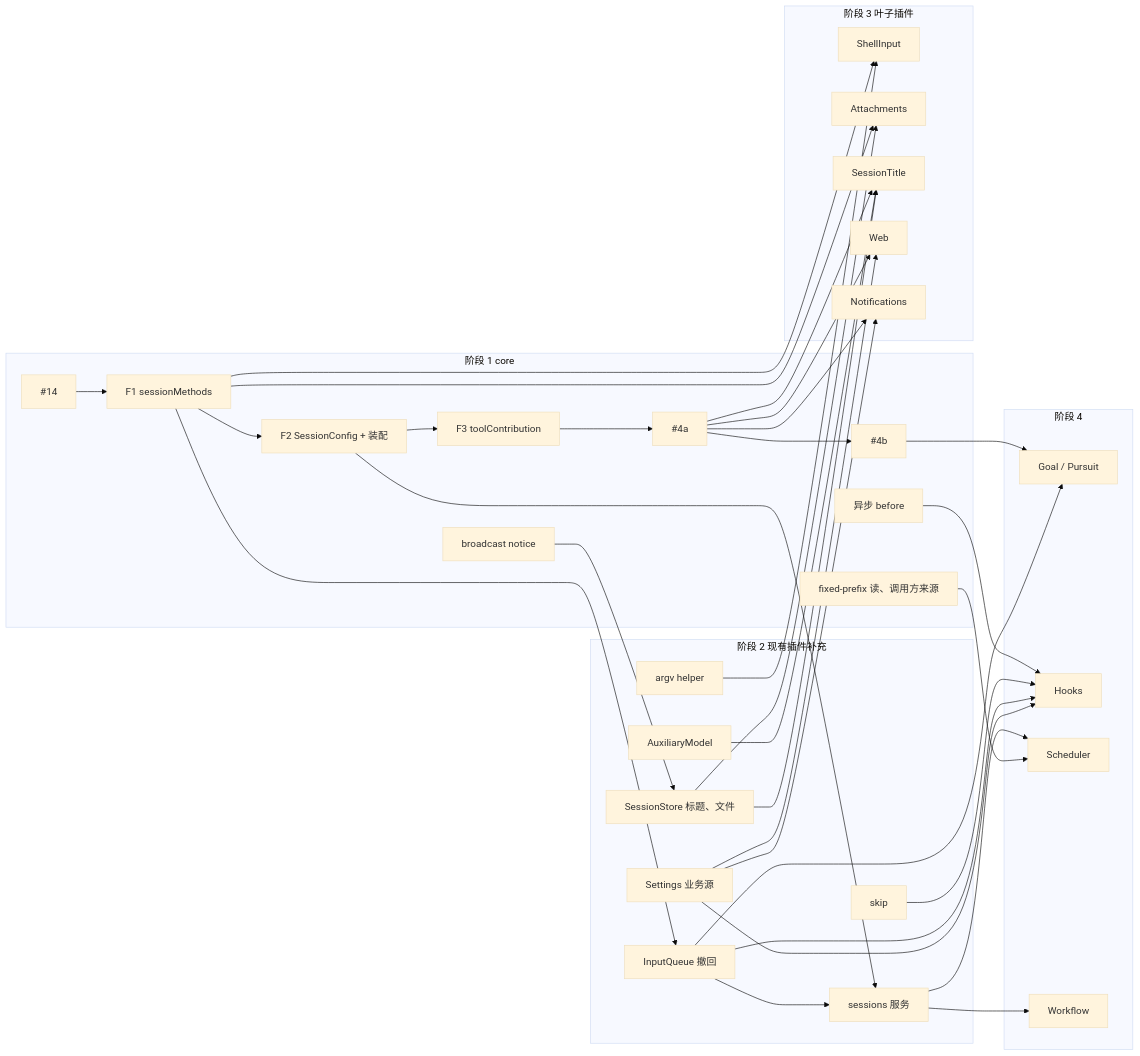
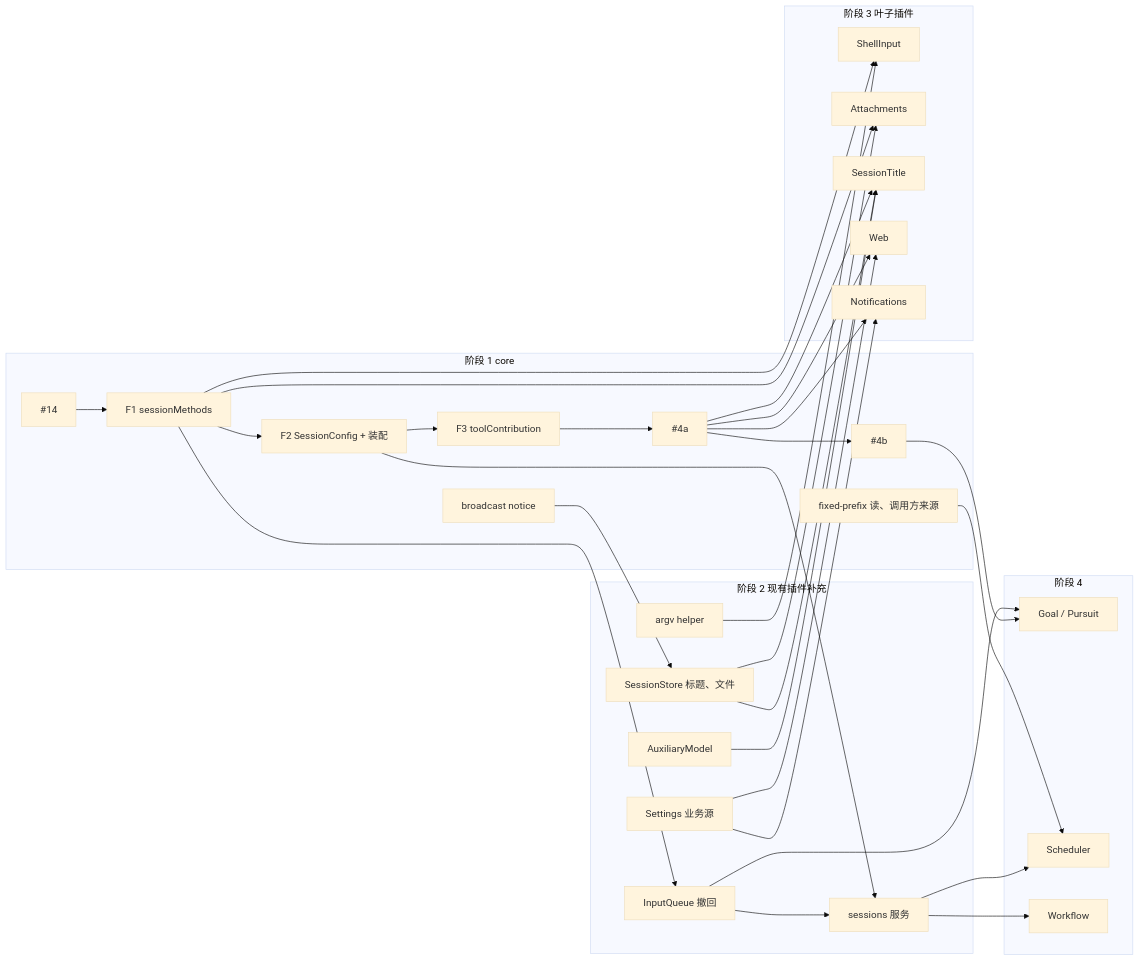
The diagram in docs/design/roadmap.md (CoutinhoTTS/dim-agent), drawn with Mermaid (base theme) before and after one commit. The commit also changed other lines of this file and 7 other files, not shown here.

First line of the commit message:
docs: describe before as a synchronous draft transform; Hooks to be designed

````diff
--- a/docs/design/roadmap.md
+++ b/docs/design/roadmap.md
@@ -126,55 +124,48 @@
 ```mermaid
 flowchart LR
   subgraph S1["阶段 1 core"]
     PR14["#14"] --> F1["F1 sessionMethods"] --> F2["F2 SessionConfig + 装配"] --> F3["F3 toolContribution"] --> T4A["#4a"] --> T4B["#4b"]
-    ASY["异步 before"]
     NT["broadcast notice"]
     FP["fixed-prefix 读、调用方来源"]
   end
   subgraph S2["阶段 2 现有插件补充"]
     WD["InputQueue 撤回"]
-    SKIP["skip"]
     SS["sessions 服务"]
     AUX["AuxiliaryModel"]
     STORE["SessionStore 标题、文件"]
     SET["Settings 业务源"]
     ARGV["argv helper"]
   end
   subgraph S3["阶段 3 叶子插件"]
     SH["ShellInput"]
     AT["Attachments"]
     ST["SessionTitle"]
     WEB["Web"]
     NO["Notifications"]
   end
   subgraph S4["阶段 4"]
     GO["Goal / Pursuit"]
-    HK["Hooks"]
     SC["Scheduler"]
     WF["Workflow"]
   end
   F1 --> WD
   F2 --> SS
   WD --> SS
   NT --> STORE
   F1 --> SH
   ARGV --> SH
   F1 --> AT
   STORE --> AT
   T4A --> ST
   AUX --> ST
   STORE --> ST
   T4A --> WEB
   SET --> WEB
   T4A --> NO
   SET --> NO
   T4B --> GO
   WD --> GO
-  ASY --> HK
-  SKIP --> HK
-  WD --> HK
-  SET --> HK
   SS --> SC
   SS --> WF
   FP --> SC
 ```
````
